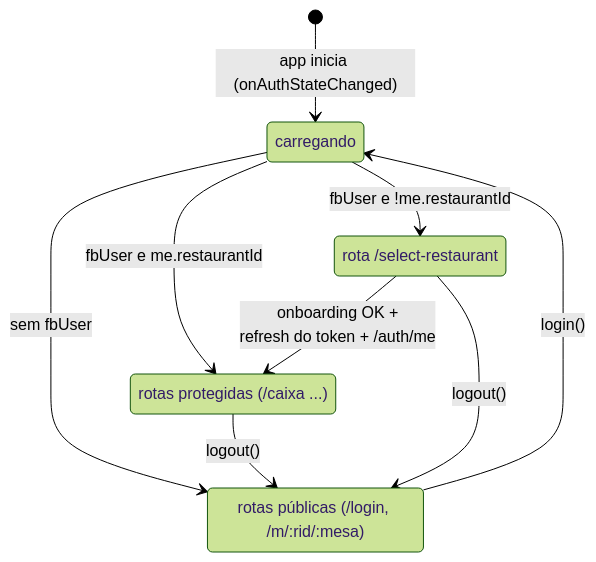
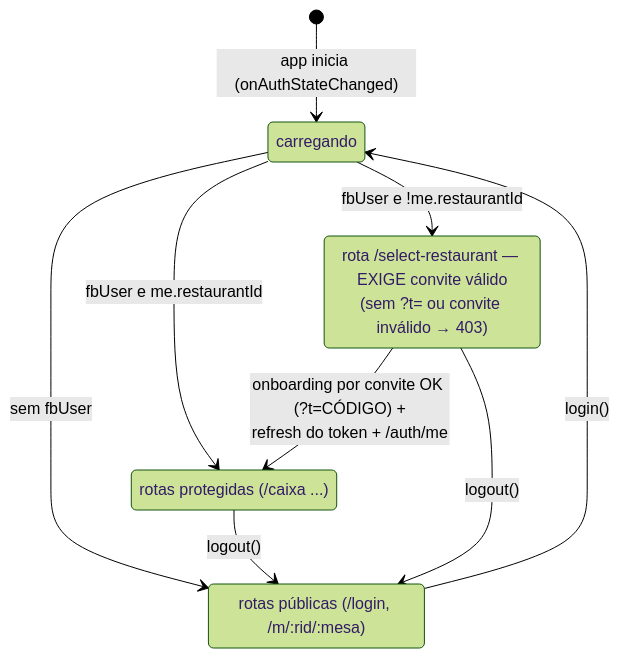
One commit to gabrielabrahaodev/pdv-lanchonete changed the sixth of 7 diagrams in docs/02-modelagem/diagrama-estados.md. Above: the diagram before and after it, drawn with Mermaid (forest theme). The commit also changed other lines of this file and 31 other files, not shown here.

Commit message:
docs: atualizacao integral da documentacao (suíte 52+13, onboarding por convite P0.x, 18 routers, producao ativa, bugs 9-12 nos manuais)

````diff
--- a/docs/02-modelagem/diagrama-estados.md
+++ b/docs/02-modelagem/diagrama-estados.md
@@ -106,15 +106,15 @@
 ```mermaid
 stateDiagram-v2
     [*] --> carregando : app inicia (onAuthStateChanged)
     carregando --> deslogado : sem fbUser
     carregando --> logadoSemTenant : fbUser e !me.restaurantId
     carregando --> logadoCompleto : fbUser e me.restaurantId
     deslogado --> carregando : login()
-    logadoSemTenant --> logadoCompleto : onboarding OK +<br/>refresh do token + /auth/me
+    logadoSemTenant --> logadoCompleto : onboarding por convite OK (?t=CÓDIGO) +<br/>refresh do token + /auth/me
     logadoCompleto --> deslogado : logout()
     logadoSemTenant --> deslogado : logout()
 
     logadoCompleto : rotas protegidas (/caixa ...)
-    logadoSemTenant : rota /select-restaurant
+    logadoSemTenant : rota /select-restaurant — EXIGE convite válido<br/>(sem ?t= ou convite inválido → 403)
     deslogado : rotas públicas (/login, /m/:rid/:mesa)
 ```
````
